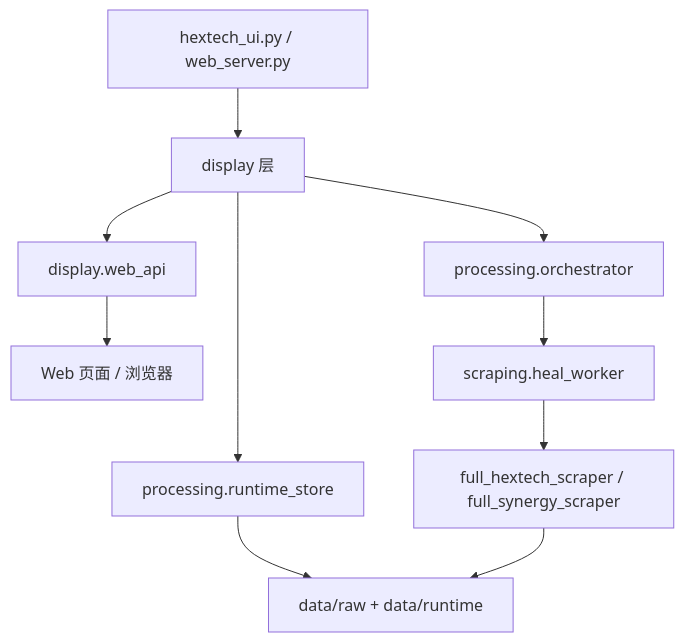
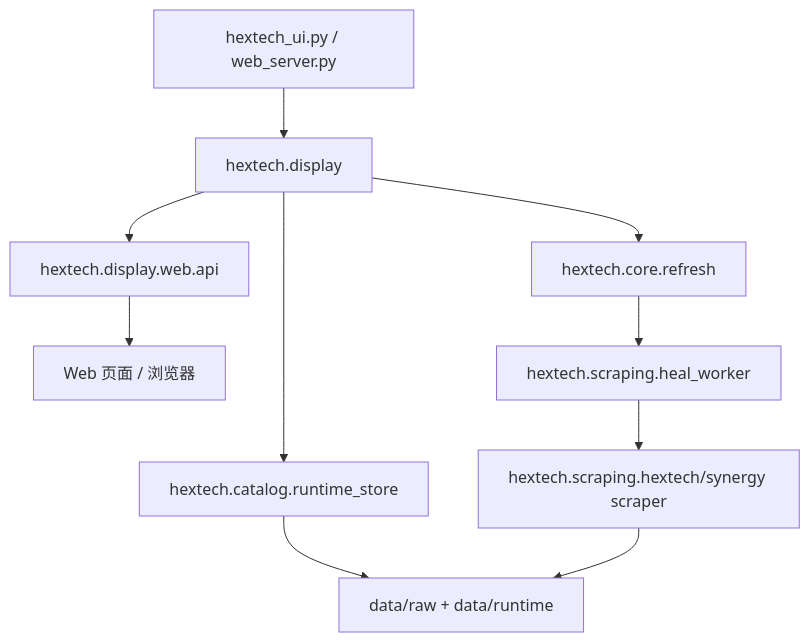
The diagram in run/PROJECT.md (fadfasfa/claude-code-test), drawn with Mermaid before and after one commit. The commit also changed other lines of this file and 171 other files, not shown here.

````diff
--- a/run/PROJECT.md
+++ b/run/PROJECT.md
@@ -137,12 +149,12 @@
 ```mermaid
 flowchart TD
-    A[hextech_ui.py / web_server.py] --> B[display 层]
-    B --> C[processing.runtime_store]
+    A[hextech_ui.py / web_server.py] --> B[hextech.display]
+    B --> C[hextech.catalog.runtime_store]
     C --> D[data/raw + data/runtime]
-    B --> E[display.web_api]
+    B --> E[hextech.display.web.api]
     E --> F[Web 页面 / 浏览器]
-    B --> G[processing.orchestrator]
-    G --> H[scraping.heal_worker]
-    H --> I[full_hextech_scraper / full_synergy_scraper]
+    B --> G[hextech.core.refresh]
+    G --> H[hextech.scraping.heal_worker]
+    H --> I[hextech.scraping.hextech/synergy scraper]
     I --> D
 ```
````
